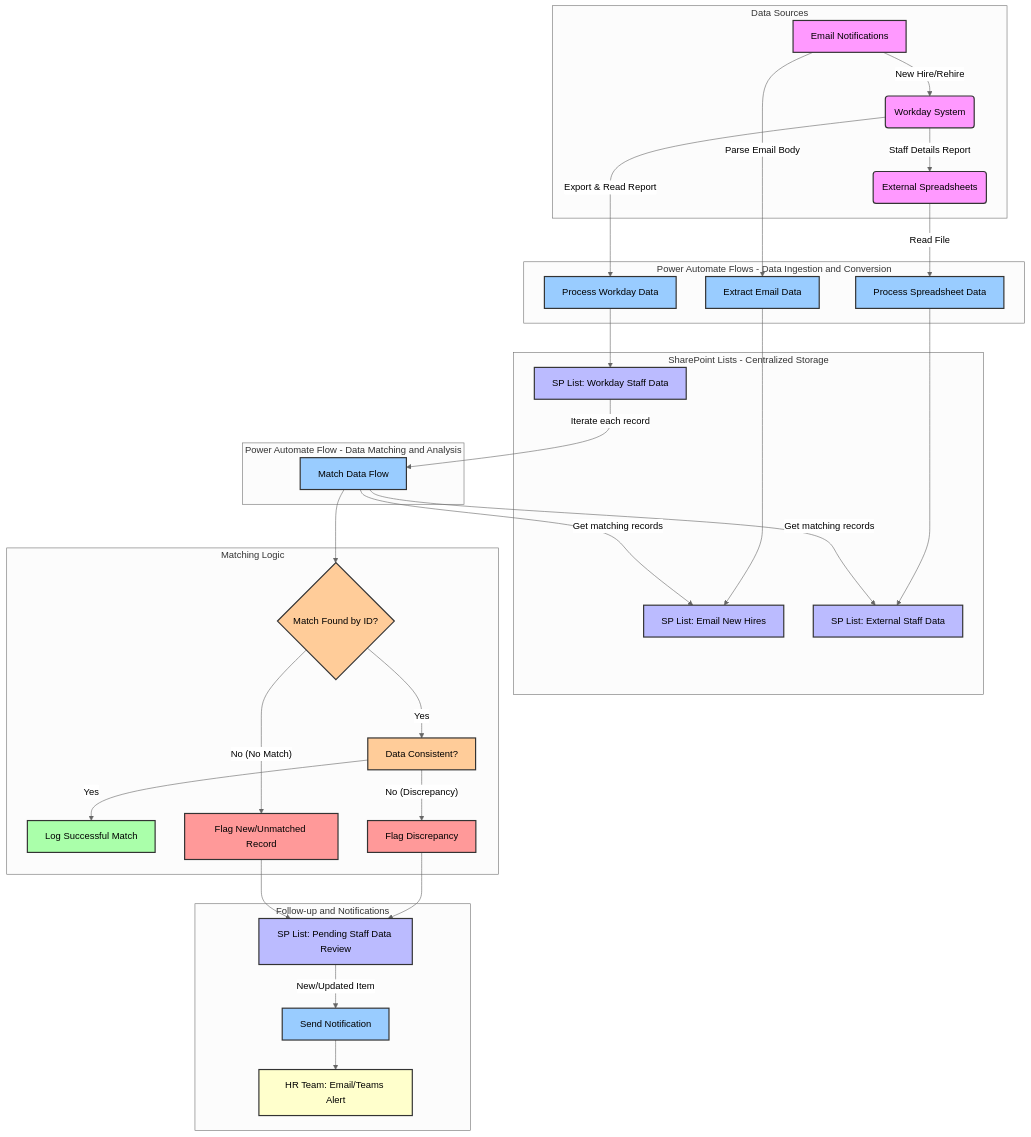
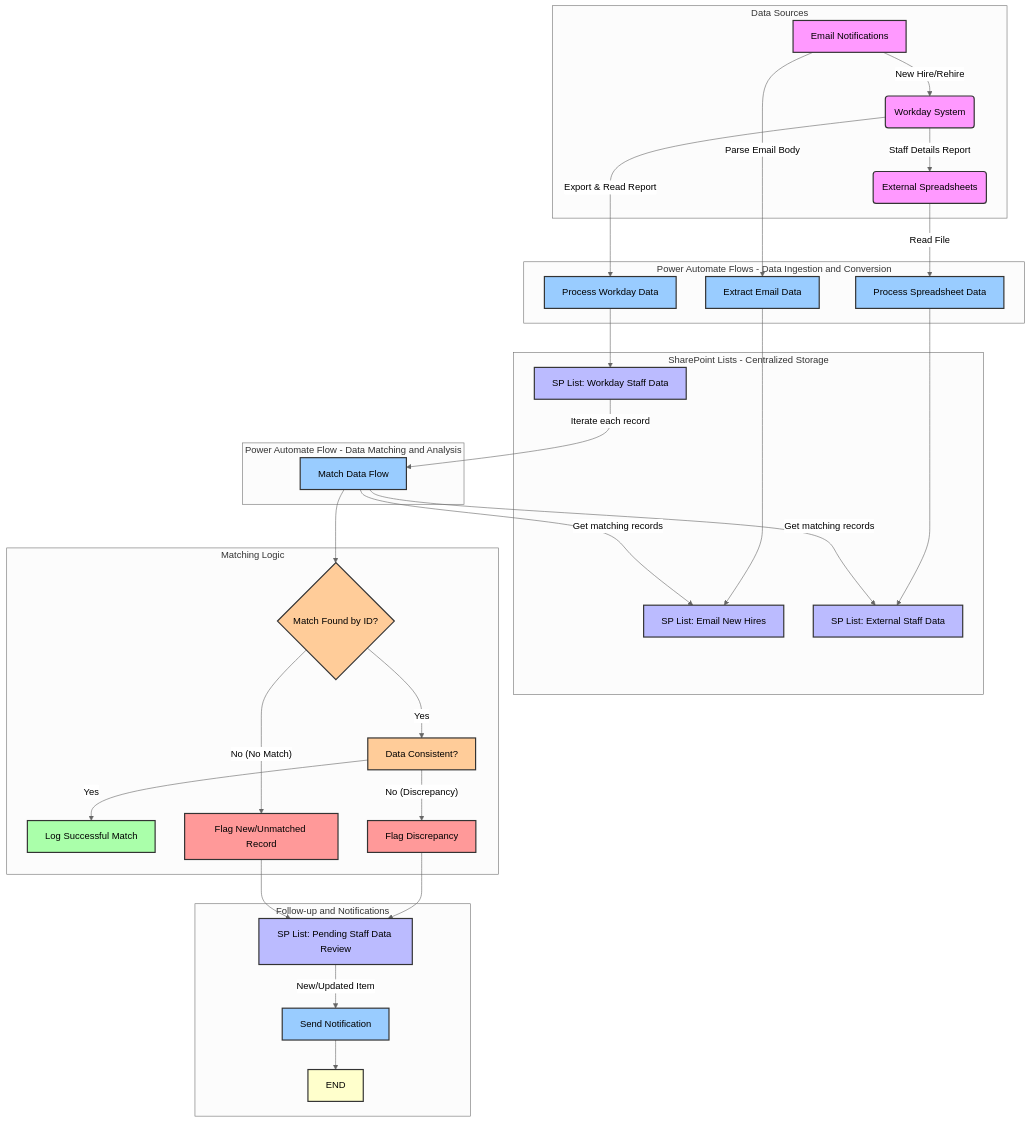
Before and after one commit to kairin/mermaid: the diagram in README.md, drawn with Mermaid.

````diff
--- a/README.md
+++ b/README.md
@@ -1,62 +1,62 @@
 ```mermaid
 %%{init: {'theme': 'neutral'}}%%
 graph TD
     subgraph Data Sources
         A[Email Notifications] -->|New Hire/Rehire| B(Workday System)
         B -->|Staff Details Report| C(External Spreadsheets)
     end
 
     subgraph Power Automate Flows - Data Ingestion and Conversion
         A -- Parse Email Body --> PA1[Extract Email Data]
         B -- Export & Read Report --> PA2[Process Workday Data]
         C -- Read File --> PA3[Process Spreadsheet Data]
     end
 
     subgraph SharePoint Lists - Centralized Storage
         PA1 --> SP1[SP List: Email New Hires]
         PA2 --> SP2[SP List: Workday Staff Data]
         PA3 --> SP3[SP List: External Staff Data]
     end
 
     subgraph Power Automate Flow - Data Matching and Analysis
         SP2 -- Iterate each record --> PA4[Match Data Flow]
         PA4 -- Get matching records --> SP1
         PA4 -- Get matching records --> SP3
     end
 
     subgraph Matching Logic
         PA4 --> D{Match Found by ID?}
         D -- Yes --> E[Data Consistent?]
         E -- Yes --> F[Log Successful Match]
         E -- No (Discrepancy) --> G[Flag Discrepancy]
         D -- No (No Match) --> H[Flag New/Unmatched Record]
     end
 
     subgraph Follow-up and Notifications
         G --> SP4[SP List: Pending Staff Data Review]
         H --> SP4
         SP4 -- New/Updated Item --> PA5[Send Notification]
-        PA5 --> I[HR Team: Email/Teams Alert]
+        PA5 --> I[END]
     end
 
     style A fill:#f9f,stroke:#333,stroke-width:2px
     style B fill:#f9f,stroke:#333,stroke-width:2px
     style C fill:#f9f,stroke:#333,stroke-width:2px
     style PA1 fill:#9cf,stroke:#333,stroke-width:2px
     style PA2 fill:#9cf,stroke:#333,stroke-width:2px
     style PA3 fill:#9cf,stroke:#333,stroke-width:2px
     style SP1 fill:#bbf,stroke:#333,stroke-width:2px
     style SP2 fill:#bbf,stroke:#333,stroke-width:2px
     style SP3 fill:#bbf,stroke:#333,stroke-width:2px
     style PA4 fill:#9cf,stroke:#333,stroke-width:2px
     style D fill:#fc9,stroke:#333,stroke-width:2px
     style E fill:#fc9,stroke:#333,stroke-width:2px
     style F fill:#afa,stroke:#333,stroke-width:2px
     style G fill:#f99,stroke:#333,stroke-width:2px
     style H fill:#f99,stroke:#333,stroke-width:2px
     style SP4 fill:#bbf,stroke:#333,stroke-width:2px
     style PA5 fill:#9cf,stroke:#333,stroke-width:2px
     style I fill:#ffc,stroke:#333,stroke-width:2px
 
 
 ```
````
